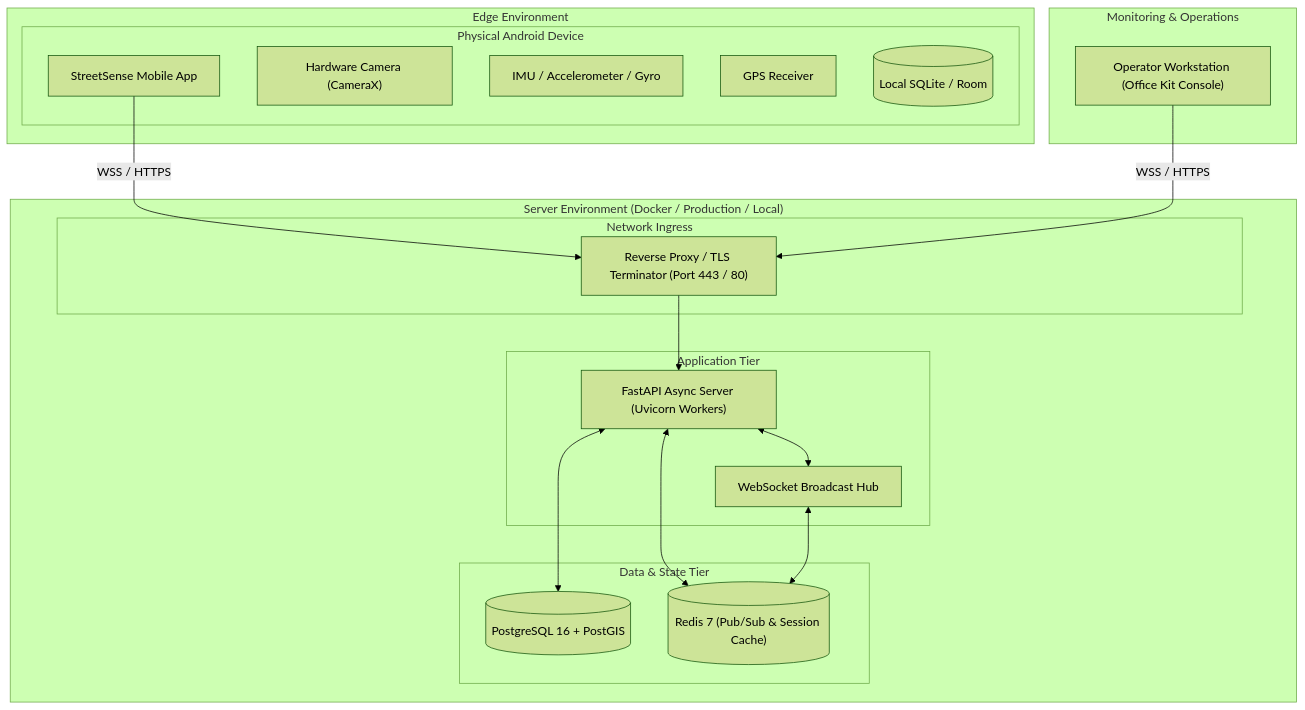
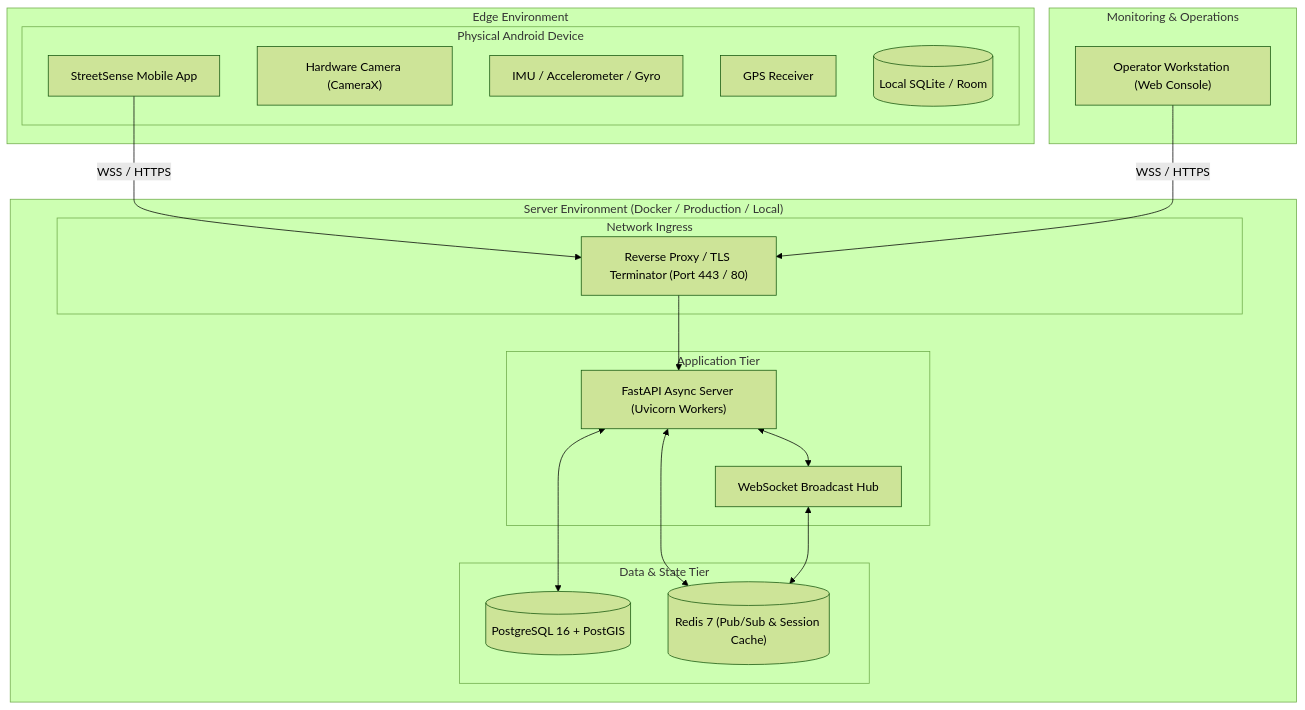
The fourth of 4 diagrams in docs/ARCHITECTURE.md (KatkamKoushik/streetsense), drawn with Mermaid (forest theme) before and after one commit. The commit also changed other lines of this file and 77 other files, not shown here.

````diff
--- a/docs/ARCHITECTURE.md
+++ b/docs/ARCHITECTURE.md
@@ -258,40 +258,40 @@
 ```mermaid
 graph TB
     subgraph Edge ["Edge Environment"]
         subgraph Phone ["Physical Android Device"]
             APK["StreetSense Mobile App"]
             CAMERA["Hardware Camera (CameraX)"]
             IMU_DEV["IMU / Accelerometer / Gyro"]
             GPS_DEV["GPS Receiver"]
             SQLITE_DEV[("Local SQLite / Room")]
         end
     end
 
     subgraph Cloud ["Server Environment (Docker / Production / Local)"]
         subgraph EdgeGateway ["Network Ingress"]
             NGINX["Reverse Proxy / TLS Terminator (Port 443 / 80)"]
         end
 
         subgraph AppServices ["Application Tier"]
             FASTAPI["FastAPI Async Server (Uvicorn Workers)"]
             WS_HUB["WebSocket Broadcast Hub"]
         end
 
         subgraph DataTier ["Data & State Tier"]
             POSTGRES[("PostgreSQL 16 + PostGIS")]
             REDIS[("Redis 7 (Pub/Sub & Session Cache)")]
         end
     end
 
     subgraph Operator ["Monitoring & Operations"]
-        BROWSER["Operator Workstation (Office Kit Console)"]
+        BROWSER["Operator Workstation (Web Console)"]
     end
 
     APK -->|WSS / HTTPS| NGINX
     BROWSER -->|WSS / HTTPS| NGINX
     NGINX --> FASTAPI
     FASTAPI <--> WS_HUB
     FASTAPI <--> POSTGRES
     FASTAPI <--> REDIS
     WS_HUB <--> REDIS
 ```
````
